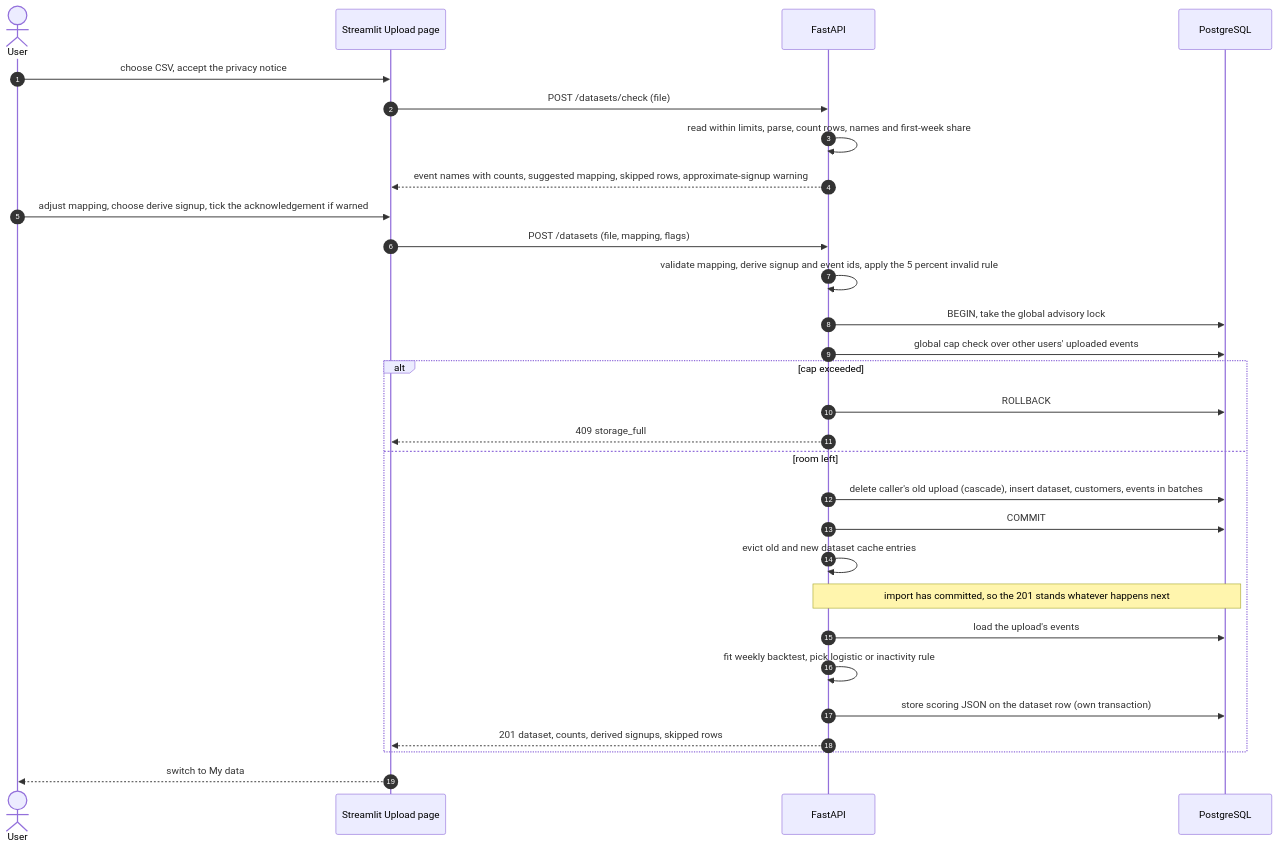
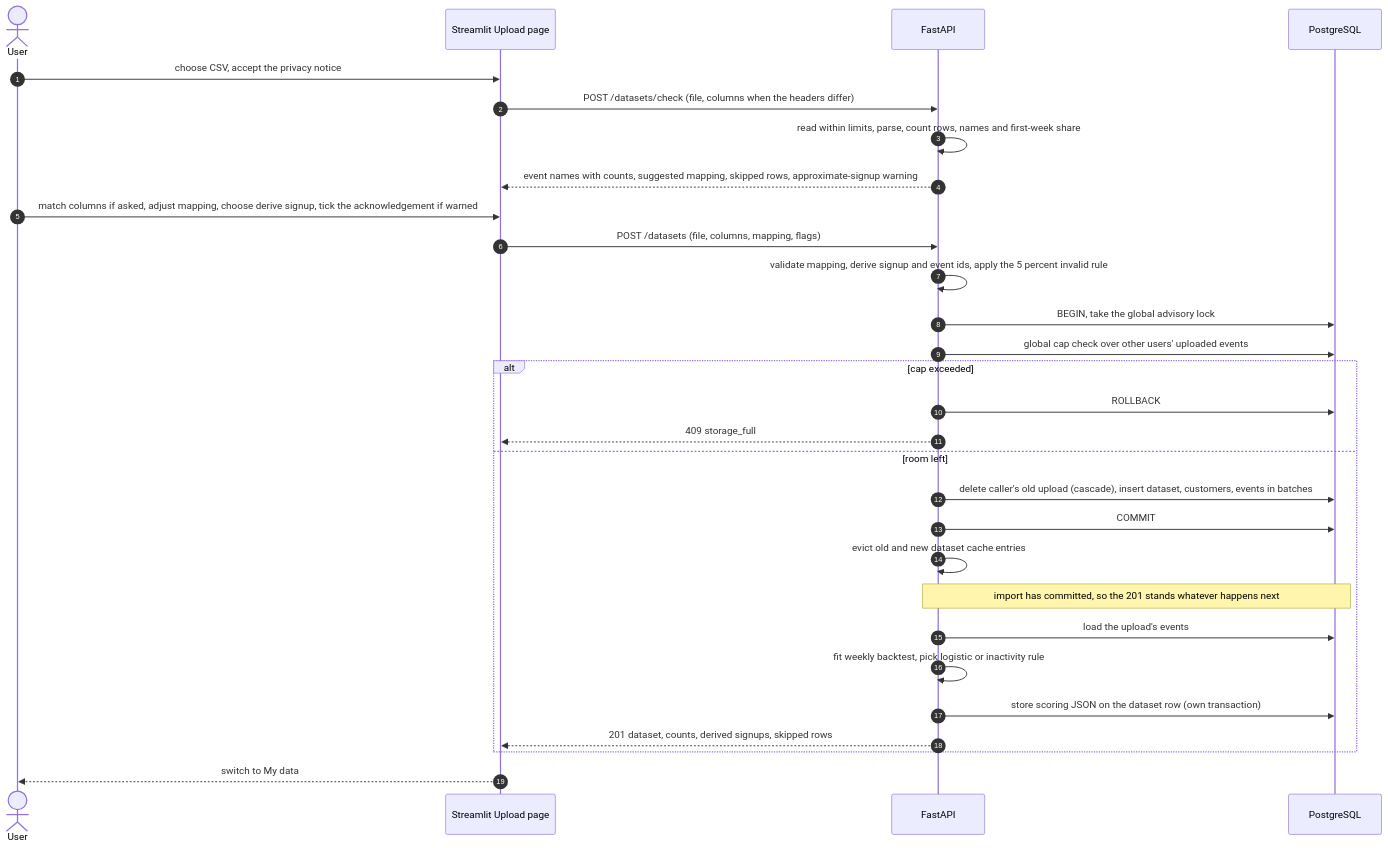
Before and after one commit to yashdiwan12/Churnscope: the seventh of 7 diagrams in docs/04-request-flows.md, drawn with Mermaid. The commit also changed 8 other files, not shown here.

Commit message:
feat: match your own CSV columns to customer_id, event_name and event_timestamp

````diff
--- a/docs/04-request-flows.md
+++ b/docs/04-request-flows.md
@@ -169,31 +169,31 @@
 ```mermaid
 sequenceDiagram
     autonumber
     actor U as User
     participant UI as Streamlit Upload page
     participant API as FastAPI
     participant DB as PostgreSQL
     U->>UI: choose CSV, accept the privacy notice
-    UI->>API: POST /datasets/check (file)
+    UI->>API: POST /datasets/check (file, columns when the headers differ)
     API->>API: read within limits, parse, count rows, names and first-week share
     API-->>UI: event names with counts, suggested mapping, skipped rows, approximate-signup warning
-    U->>UI: adjust mapping, choose derive signup, tick the acknowledgement if warned
-    UI->>API: POST /datasets (file, mapping, flags)
+    U->>UI: match columns if asked, adjust mapping, choose derive signup, tick the acknowledgement if warned
+    UI->>API: POST /datasets (file, columns, mapping, flags)
     API->>API: validate mapping, derive signup and event ids, apply the 5 percent invalid rule
     API->>DB: BEGIN, take the global advisory lock
     API->>DB: global cap check over other users' uploaded events
     alt cap exceeded
         API->>DB: ROLLBACK
         API-->>UI: 409 storage_full
     else room left
         API->>DB: delete caller's old upload (cascade), insert dataset, customers, events in batches
         API->>DB: COMMIT
         API->>API: evict old and new dataset cache entries
         Note over API,DB: import has committed, so the 201 stands whatever happens next
         API->>DB: load the upload's events
         API->>API: fit weekly backtest, pick logistic or inactivity rule
         API->>DB: store scoring JSON on the dataset row (own transaction)
         API-->>UI: 201 dataset, counts, derived signups, skipped rows
     end
     UI-->>U: switch to My data
 ```
````
